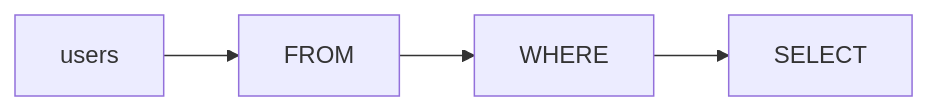
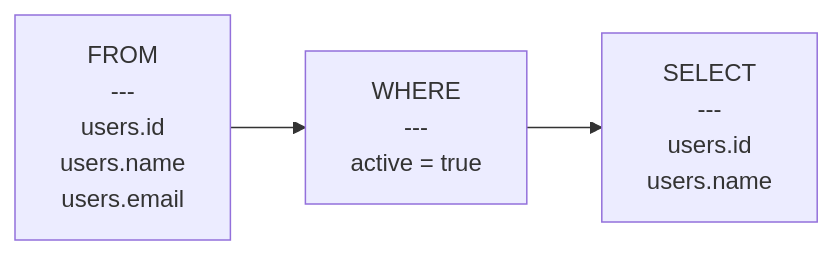
One commit to rot1024/sqloflow changed the first of 2 diagrams in README.md. Above: the diagram before and after it, drawn with Mermaid. The commit also changed other lines of this file and 21 other files, not shown here.

Commit message:
feat: improve mermaid renderer

````diff
--- a/README.md
+++ b/README.md
@@ -153,10 +154,8 @@
 ```mermaid
 flowchart LR
-    node_0[users]
-    node_1[FROM]
-    node_2[WHERE]
-    node_3[SELECT]
+    node_0["FROM<br/>---<br/>users.id<br/>users.name<br/>users.email"]
+    node_1["WHERE<br/>---<br/>active = true"]
+    node_2["SELECT<br/>---<br/>users.id<br/>users.name"]
     node_0 --> node_1
     node_1 --> node_2
-    node_2 --> node_3
 ```
````
